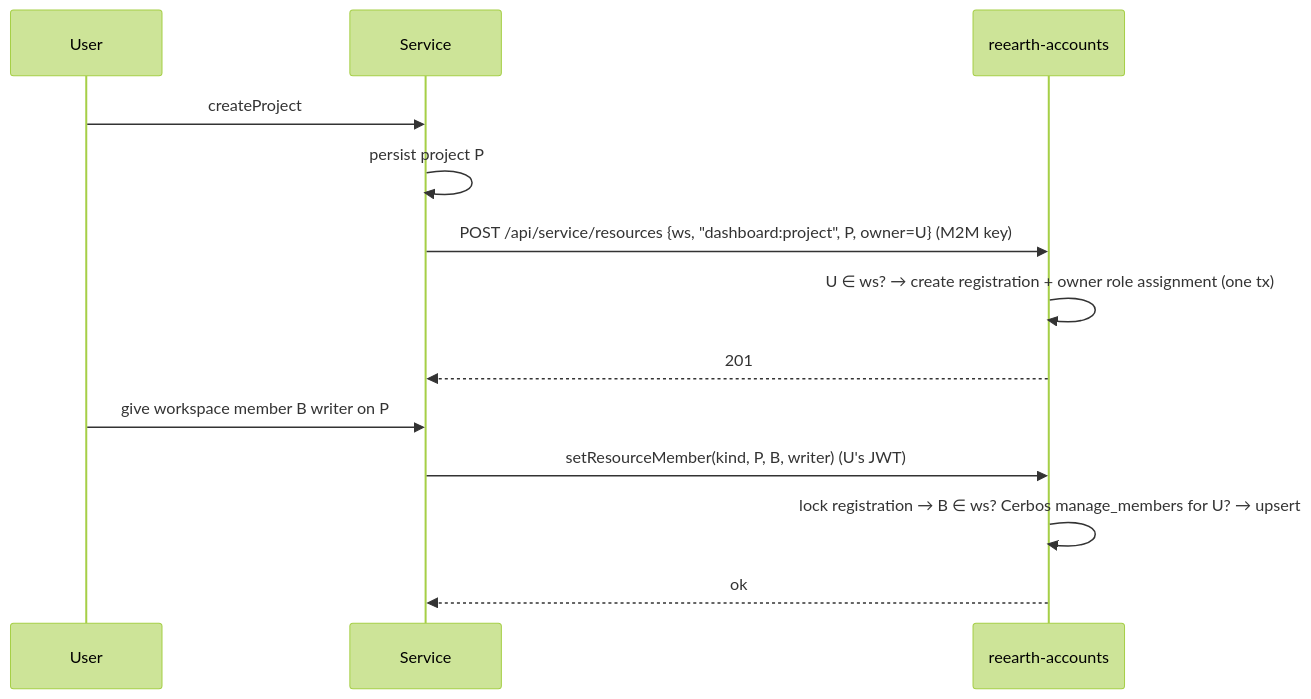
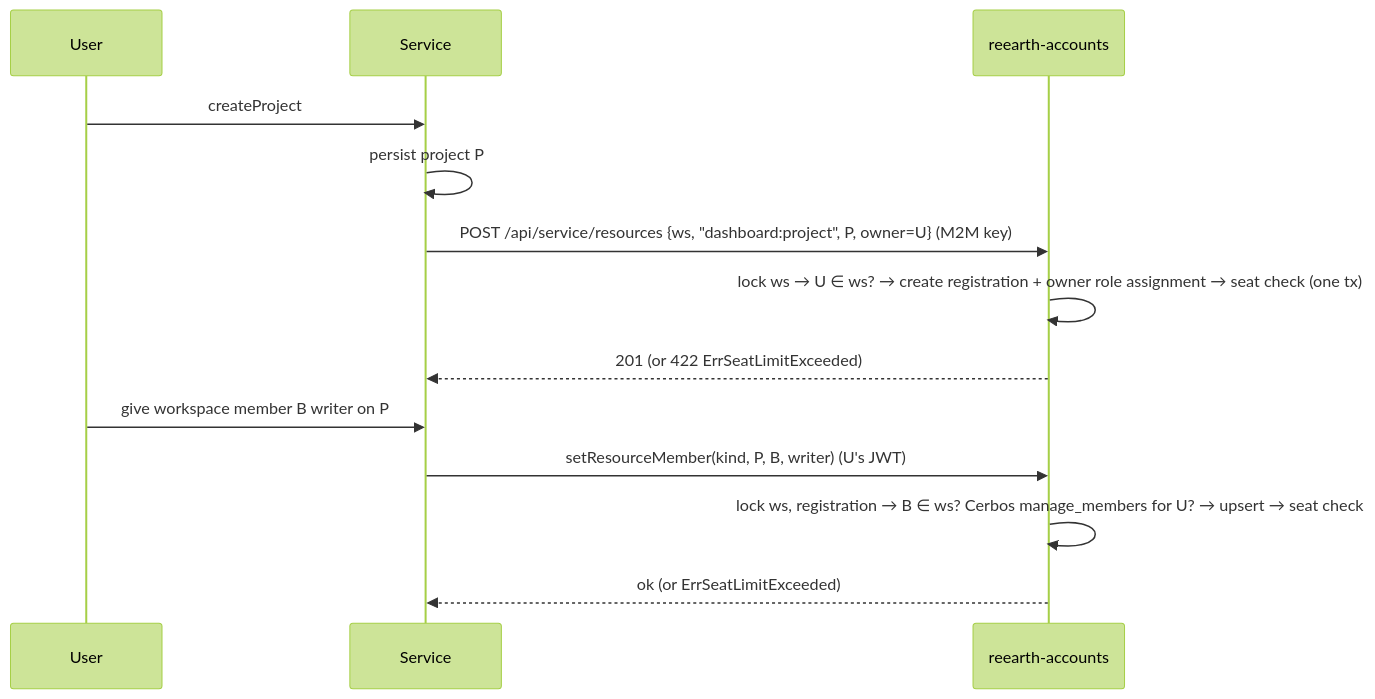
Before and after one commit to reearth/reearth-accounts: the second of 6 diagrams in server/docs/usecase/resource-role-binding.ja.md, drawn with Mermaid (forest theme). The commit also changed other lines of this file and 1 other file, not shown here.

Commit message:
docs(server): count a seat for members who can edit at least one project

````diff
--- a/server/docs/usecase/resource-role-binding.ja.md
+++ b/server/docs/usecase/resource-role-binding.ja.md
@@ -704,16 +776,16 @@
 ```mermaid
 sequenceDiagram
     participant U as User
     participant S as Service
     participant A as reearth-accounts
 
     U->>S: createProject
     S->>S: persist project P
     S->>A: POST /api/service/resources {ws, "dashboard:project", P, owner=U} (M2M key)
-    A->>A: U ∈ ws? → create registration + owner role assignment (one tx)
-    A-->>S: 201
+    A->>A: lock ws → U ∈ ws? → create registration + owner role assignment → seat check (one tx)
+    A-->>S: 201 (or 422 ErrSeatLimitExceeded)
     U->>S: give workspace member B writer on P
     S->>A: setResourceMember(kind, P, B, writer) (U's JWT)
-    A->>A: lock registration → B ∈ ws? Cerbos manage_members for U? → upsert
-    A-->>S: ok
+    A->>A: lock ws, registration → B ∈ ws? Cerbos manage_members for U? → upsert → seat check
+    A-->>S: ok (or ErrSeatLimitExceeded)
 ```
````
